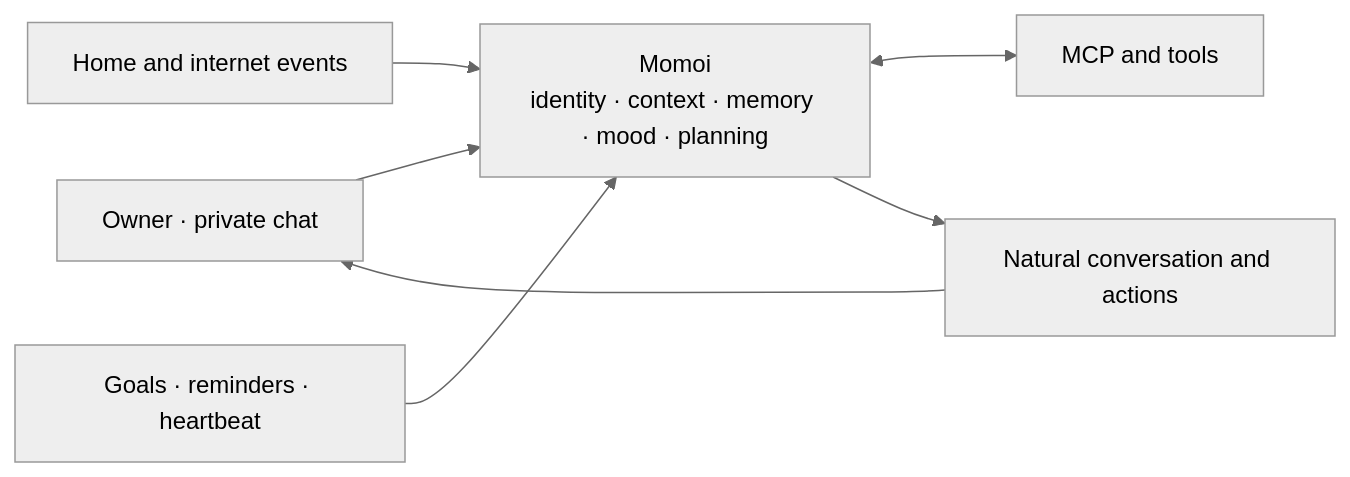
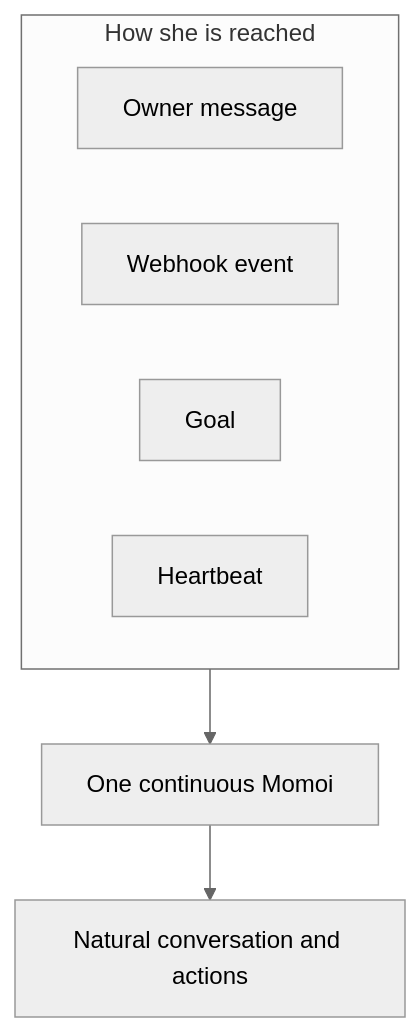
Before and after one commit to RicterZ/Momoi: the diagram in README.md, drawn with Mermaid (neutral theme). The commit also changed 1 other file, not shown here.

Commit message:
Simplify the product-design diagram into a single path.
Show the four entries, one Momoi, and conversation without the old loop
of internals and side arrows.

````diff
--- a/README.md
+++ b/README.md
@@ -26,9 +26,13 @@
 ```mermaid
-flowchart LR
-  owner["Owner · private chat"] --> momoi
-  events["Home and internet events"] --> momoi
-  time["Goals · reminders · heartbeat"] --> momoi
-  momoi["Momoi<br/>identity · context · memory · mood · planning"] <--> tools["MCP and tools"]
-  momoi --> conversation["Natural conversation and actions"]
-  conversation --> owner
+flowchart TB
+  subgraph reach["How she is reached"]
+    direction LR
+    owner["Owner message"]
+    events["Webhook event"]
+    goal["Goal"]
+    heartbeat["Heartbeat"]
+  end
+  momoi["One continuous Momoi"]
+  out["Natural conversation and actions"]
+  reach --> momoi --> out
 ```
````
